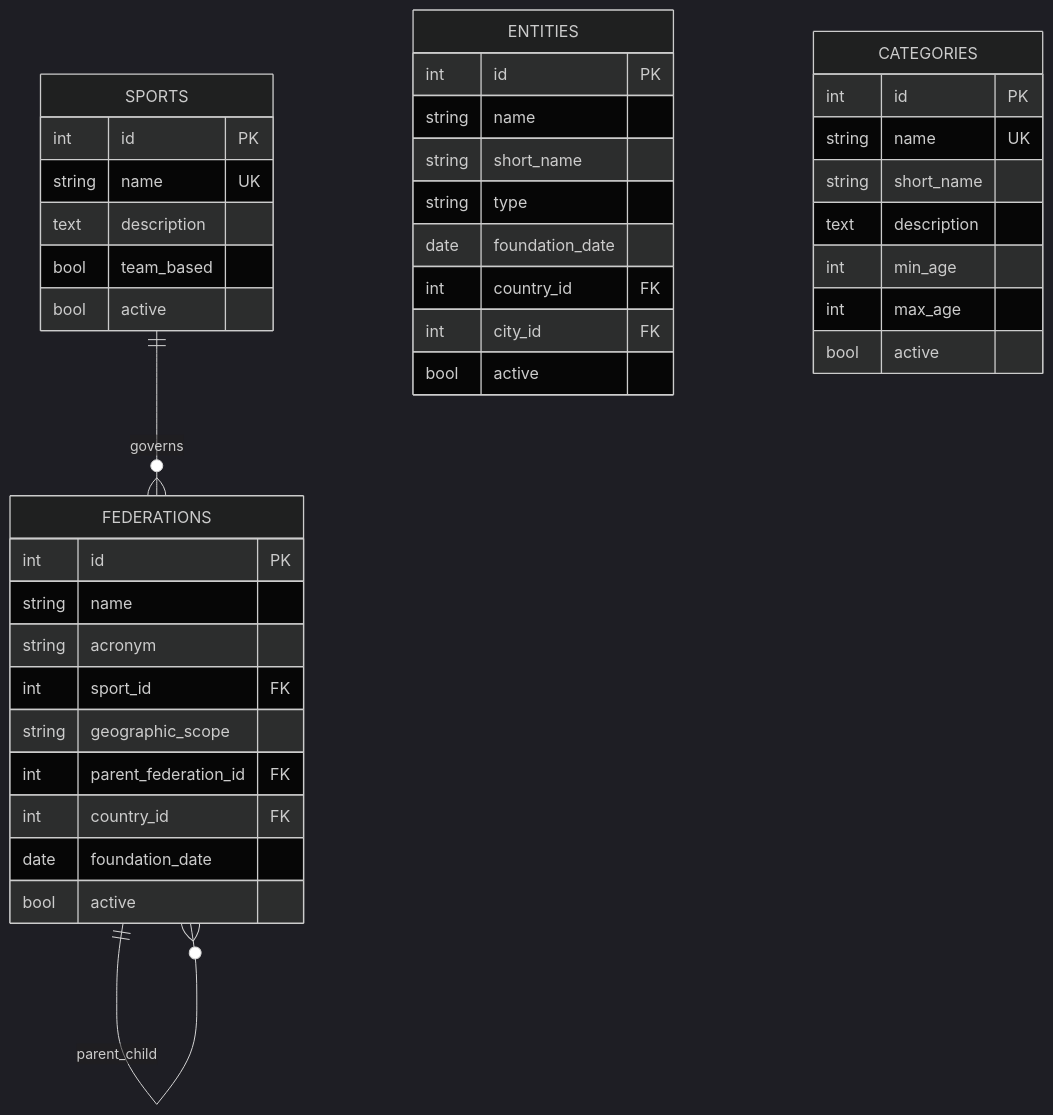
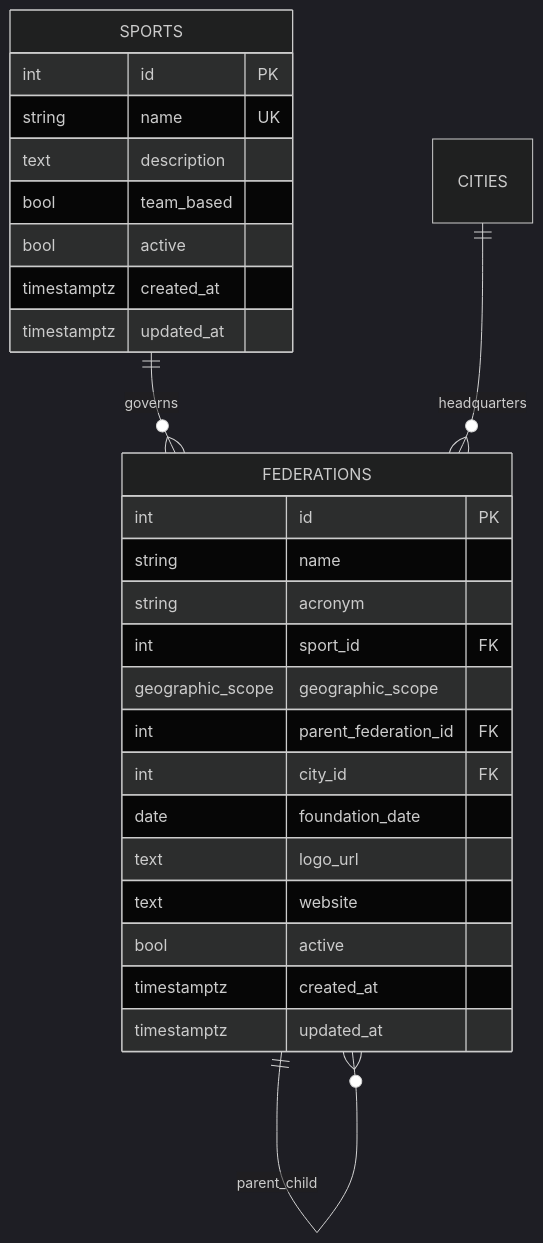
Before and after one commit to gsennaura/sportify-api: the second of 5 diagrams in scripts/sql/creation_database/README.md, drawn with Mermaid (dark theme). The commit also changed other lines of this file and 18 other files, not shown here.

````diff
--- a/scripts/sql/creation_database/README.md
+++ b/scripts/sql/creation_database/README.md
@@ -94,46 +43,32 @@
 ```mermaid
 erDiagram
     SPORTS {
         int id PK
         string name UK
         text description
         bool team_based
         bool active
-    }
-    
-    ENTITIES {
-        int id PK
-        string name
-        string short_name
-        string type
-        date foundation_date
-        int country_id FK
-        int city_id FK
-        bool active
+        timestamptz created_at
+        timestamptz updated_at
     }
     
     FEDERATIONS {
         int id PK
         string name
         string acronym
         int sport_id FK
-        string geographic_scope
+        geographic_scope geographic_scope
         int parent_federation_id FK
-        int country_id FK
+        int city_id FK
         date foundation_date
+        text logo_url
+        text website
         bool active
-    }
-    
-    CATEGORIES {
-        int id PK
-        string name UK
-        string short_name
-        text description
-        int min_age
-        int max_age
-        bool active
+        timestamptz created_at
+        timestamptz updated_at
     }
     
     SPORTS ||--o{ FEDERATIONS : governs
     FEDERATIONS ||--o{ FEDERATIONS : parent_child
+    CITIES ||--o{ FEDERATIONS : headquarters
 ```
````
